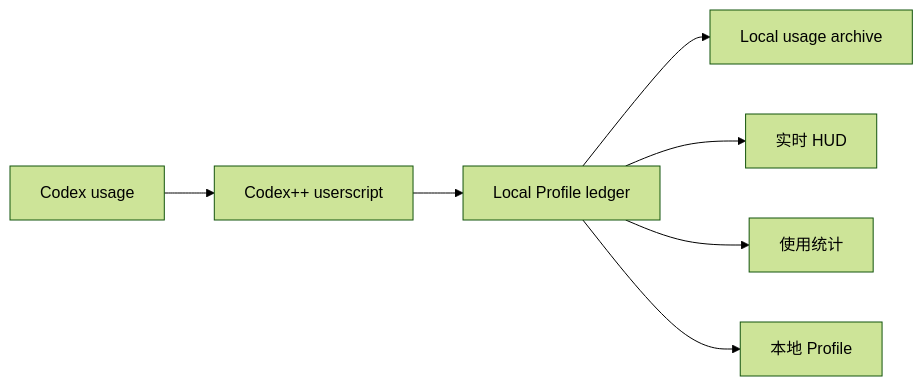
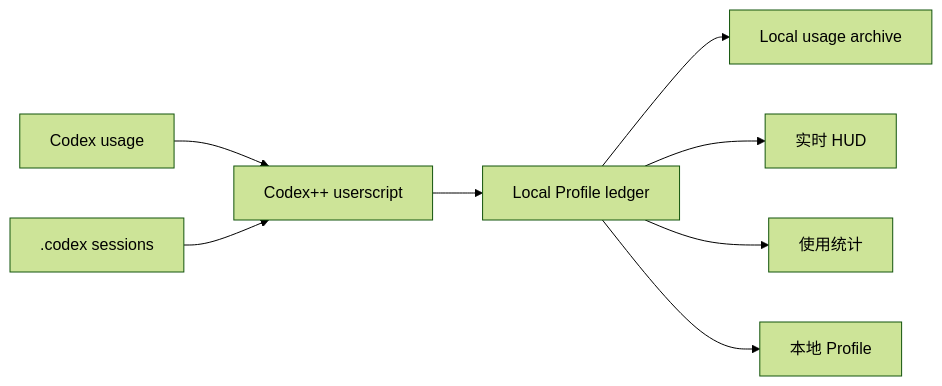
One commit to Tianzora/codex-token-cost changed the diagram in README.md. Above: the diagram before and after it, drawn with Mermaid (forest theme). The commit also changed other lines of this file and 2 other files, not shown here.

````diff
--- a/README.md
+++ b/README.md
@@ -65,9 +72,10 @@
 ```mermaid
 flowchart LR
   A[Codex usage] --> B[Codex++ userscript]
+  S[.codex sessions] --> B
   B --> C[Local Profile ledger]
   C --> G[Local usage archive]
   C --> D[实时 HUD]
   C --> E[使用统计]
   C --> F[本地 Profile]
 ```
````
